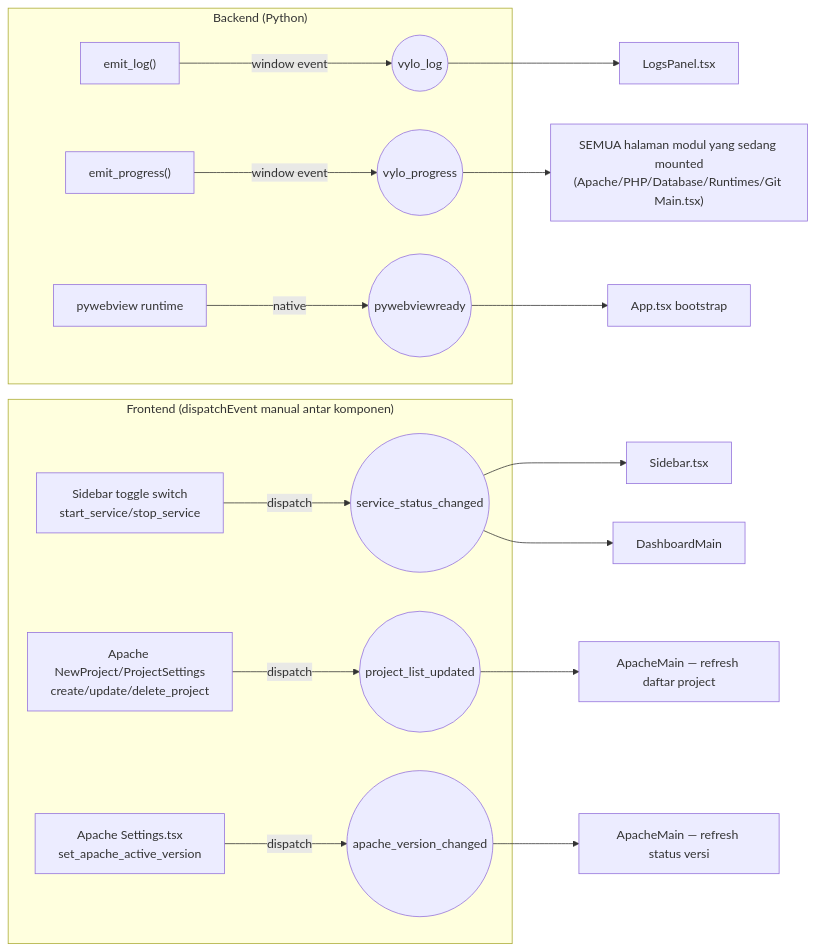
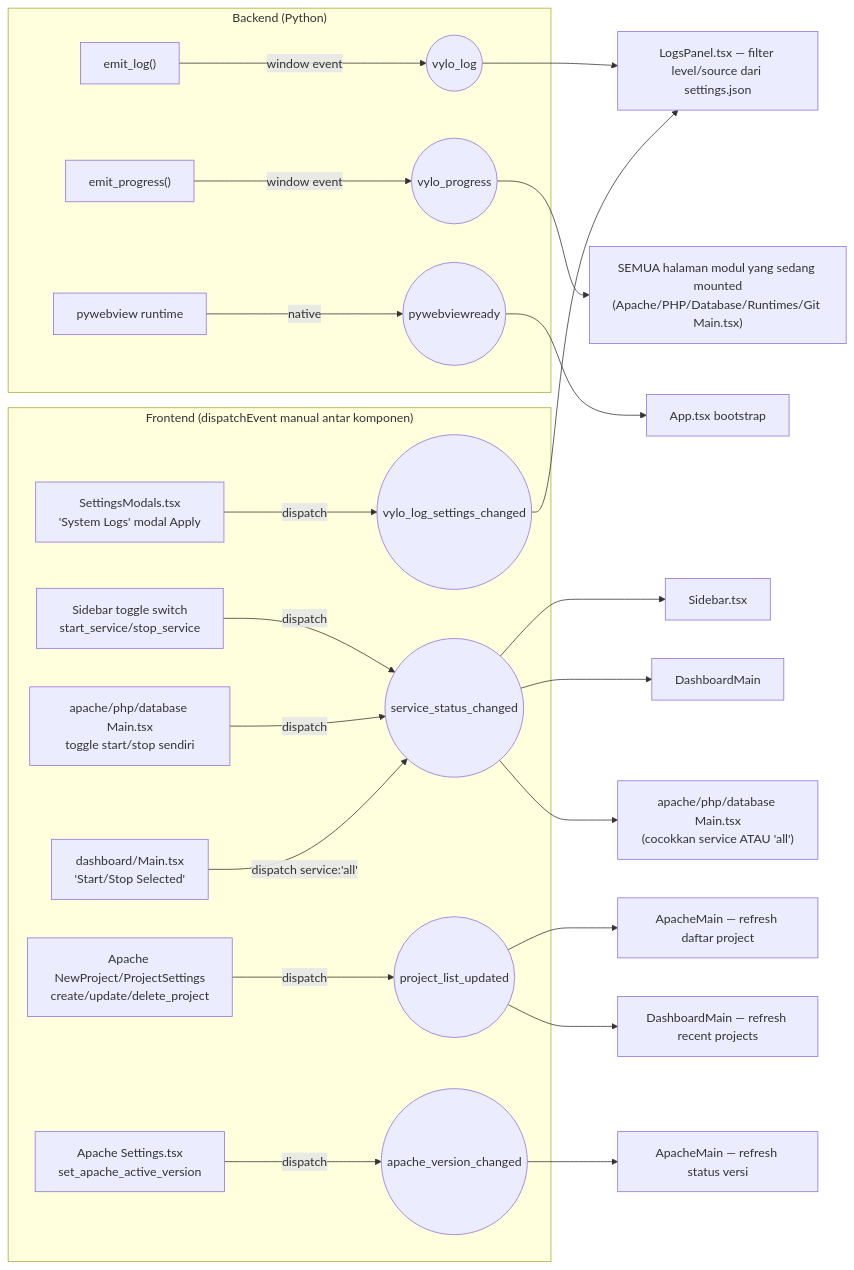
The third of 9 diagrams in docs/frontend_ui.md (authntcG/vyloserve), drawn with Mermaid before and after one commit. The commit also changed other lines of this file and 98 other files, not shown here.

````diff
--- a/docs/frontend_ui.md
+++ b/docs/frontend_ui.md
@@ -153,21 +154,25 @@
 ```mermaid
 flowchart LR
     subgraph Backend["Backend (Python)"]
         EL["emit_log()"] -->|window event| VLOG(("vylo_log"))
         EP["emit_progress()"] -->|window event| VPROG(("vylo_progress"))
         PWV["pywebview runtime"] -->|native| PWR(("pywebviewready"))
     end
 
     subgraph Frontend["Frontend (dispatchEvent manual antar komponen)"]
         SidebarToggle["Sidebar toggle switch<br/>start_service/stop_service"] -->|dispatch| SSC(("service_status_changed"))
+        ModuleToggles["apache/php/database Main.tsx<br/>toggle start/stop sendiri"] -->|dispatch| SSC
+        DashToggle["dashboard/Main.tsx<br/>'Start/Stop Selected'"] -->|dispatch service:'all'| SSC
         ApacheCRUD["Apache NewProject/ProjectSettings<br/>create/update/delete_project"] -->|dispatch| PLU(("project_list_updated"))
         ApacheSettings["Apache Settings.tsx<br/>set_apache_active_version"] -->|dispatch| AVC(("apache_version_changed"))
+        LogSettingsModal["SettingsModals.tsx<br/>'System Logs' modal Apply"] -->|dispatch| VLSC(("vylo_log_settings_changed"))
     end
 
-    VLOG --> LogsPanel[LogsPanel.tsx]
+    VLOG --> LogsPanel[LogsPanel.tsx — filter level/source dari settings.json]
     VPROG --> AllPages["SEMUA halaman modul yang sedang mounted<br/>(Apache/PHP/Database/Runtimes/Git Main.tsx)"]
     PWR --> App[App.tsx bootstrap]
-    SSC --> Sidebar2[Sidebar.tsx] & Dashboard2[DashboardMain]
-    PLU --> ApacheMain2[ApacheMain — refresh daftar project]
+    SSC --> Sidebar2[Sidebar.tsx] & Dashboard2[DashboardMain] & ModulePages["apache/php/database Main.tsx<br/>(cocokkan service ATAU 'all')"]
+    PLU --> ApacheMain2[ApacheMain — refresh daftar project] & Dashboard3[DashboardMain — refresh recent projects]
     AVC --> ApacheMain3[ApacheMain — refresh status versi]
+    VLSC --> LogsPanel
 ```
````
